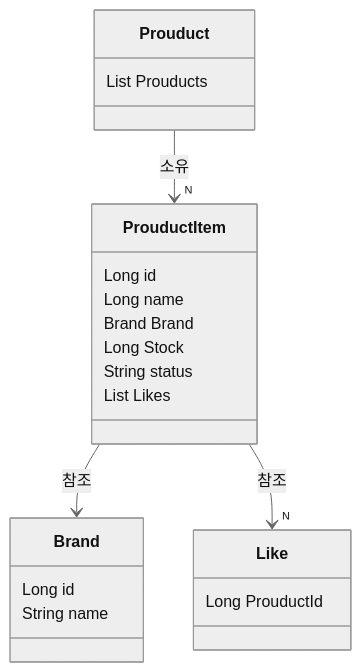
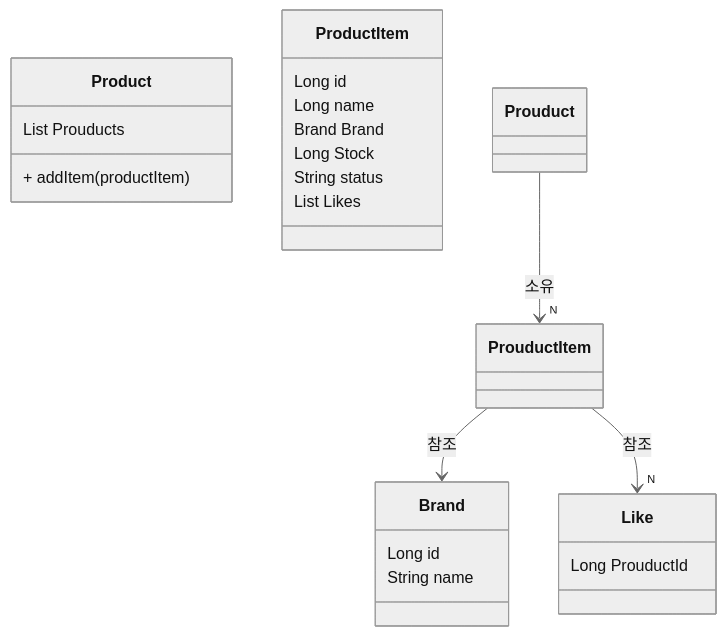
The diagram in docs/design/03-class-diagrams-detail/BrandAndProduct.md (simbokyung98/loopers-ecommerce-system), drawn with Mermaid (neutral theme) before and after one commit. The commit also changed 4 other files, not shown here.

Commit message:
fix : 클래스 다이어그램 도메인 역할 수정

````diff
--- a/docs/design/03-class-diagrams-detail/BrandAndProduct.md
+++ b/docs/design/03-class-diagrams-detail/BrandAndProduct.md
@@ -2,26 +2,27 @@
 ```mermaid 
 classDiagram
     class Brand{
     Long id
     String name
     }
-    class Prouduct{
+    class Product{
     List Prouducts
+    + addItem(productItem)
     }
-    class ProuductItem{
+    class ProductItem{
     Long id
     Long name
     Brand Brand
     Long Stock
     String status
     List Likes 
     }
 
     class Like{
     Long ProuductId
     }
     
-        Prouduct --> "N" ProuductItem :소유
-        ProuductItem --> Brand : 참조
-        ProuductItem --> "N" Like : 참조
+    Prouduct --> "N" ProuductItem :소유
+    ProuductItem --> Brand : 참조
+    ProuductItem --> "N" Like : 참조
 ```
````
